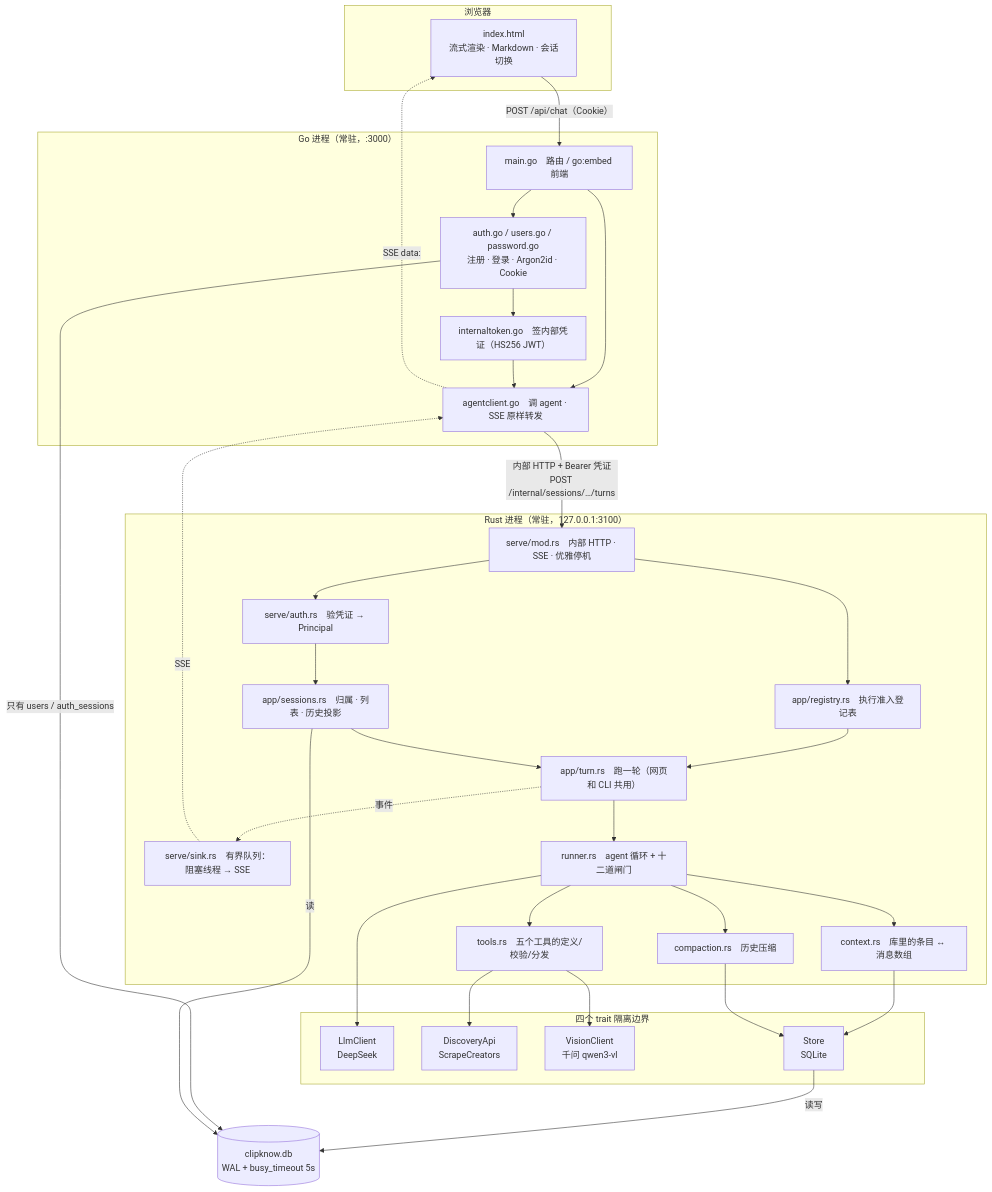
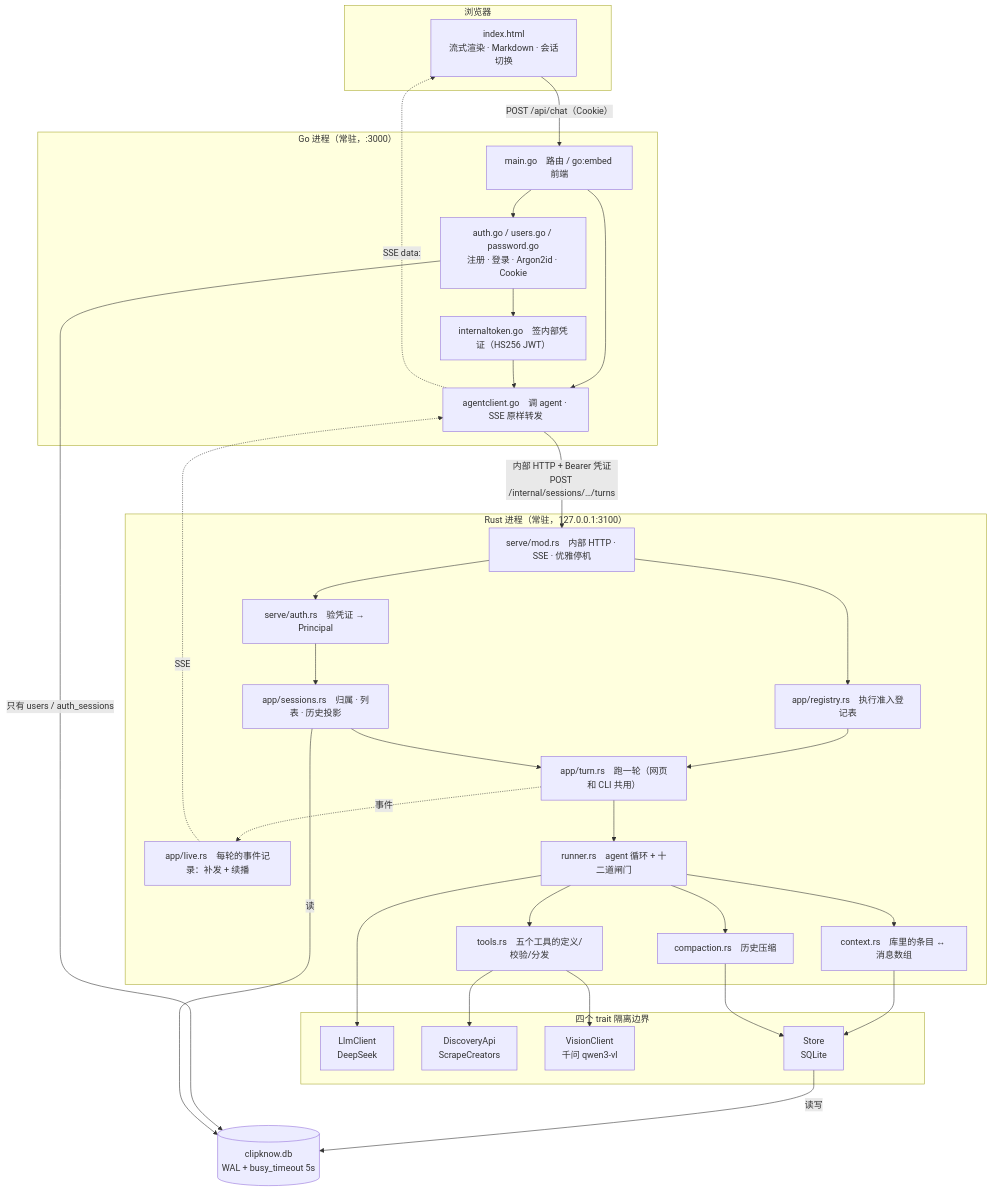
One commit to hzroww/ClipKnow changed the diagram in README.md. Above: the diagram before and after it, drawn with Mermaid. The commit also changed other lines of this file and 14 other files, not shown here.

````diff
--- a/README.md
+++ b/README.md
@@ -25,62 +25,62 @@
 ```mermaid
 flowchart TB
     subgraph B["浏览器"]
         UI["index.html<br/>流式渲染 · Markdown · 会话切换"]
     end
 
     subgraph G["Go 进程（常驻，:3000）"]
         RT["main.go　路由 / go:embed 前端"]
         AU["auth.go / users.go / password.go<br/>注册 · 登录 · Argon2id · Cookie"]
         TK["internaltoken.go　签内部凭证（HS256 JWT）"]
         AG["agentclient.go　调 agent · SSE 原样转发"]
     end
 
     subgraph R["Rust 进程（常驻，127.0.0.1:3100）"]
         HT["serve/mod.rs　内部 HTTP · SSE · 优雅停机"]
         VF["serve/auth.rs　验凭证 → Principal"]
-        SK["serve/sink.rs　有界队列：阻塞线程 → SSE"]
+        SK["app/live.rs　每轮的事件记录：补发 + 续播"]
         AP["app/sessions.rs　归属 · 列表 · 历史投影"]
         RG["app/registry.rs　执行准入登记表"]
         TU["app/turn.rs　跑一轮（网页和 CLI 共用）"]
         RU["runner.rs　agent 循环 + 十二道闸门"]
         CO["compaction.rs　历史压缩"]
         TO["tools.rs　五个工具的定义/校验/分发"]
         CX["context.rs　库里的条目 ↔ 消息数组"]
     end
 
     subgraph X["四个 trait 隔离边界"]
         LL["LlmClient<br/>DeepSeek"]
         DA["DiscoveryApi<br/>ScrapeCreators"]
         VC["VisionClient<br/>千问 qwen3-vl"]
         SS["Store<br/>SQLite"]
     end
 
     DB[("clipknow.db<br/>WAL + busy_timeout 5s")]
 
     UI -- "POST /api/chat（Cookie）" --> RT
     RT --> AU
     RT --> AG
     AU --> TK
     TK --> AG
     AG -- "内部 HTTP + Bearer 凭证<br/>POST /internal/sessions/…/turns" --> HT
     HT --> VF
     VF --> AP
     HT --> RG
     RG --> TU
     AP --> TU
     TU --> RU
     RU --> CO
     RU --> TO
     RU --> CX
     RU --> LL
     TO --> DA
     TO --> VC
     CX --> SS
     CO --> SS
     TU -. "事件" .-> SK
     SK -. "SSE" .-> AG
     AG -. "SSE data:" .-> UI
     SS -- 读写 --> DB
     AU -- "只有 users / auth_sessions" --> DB
     AP -- 读 --> DB
 ```
````
